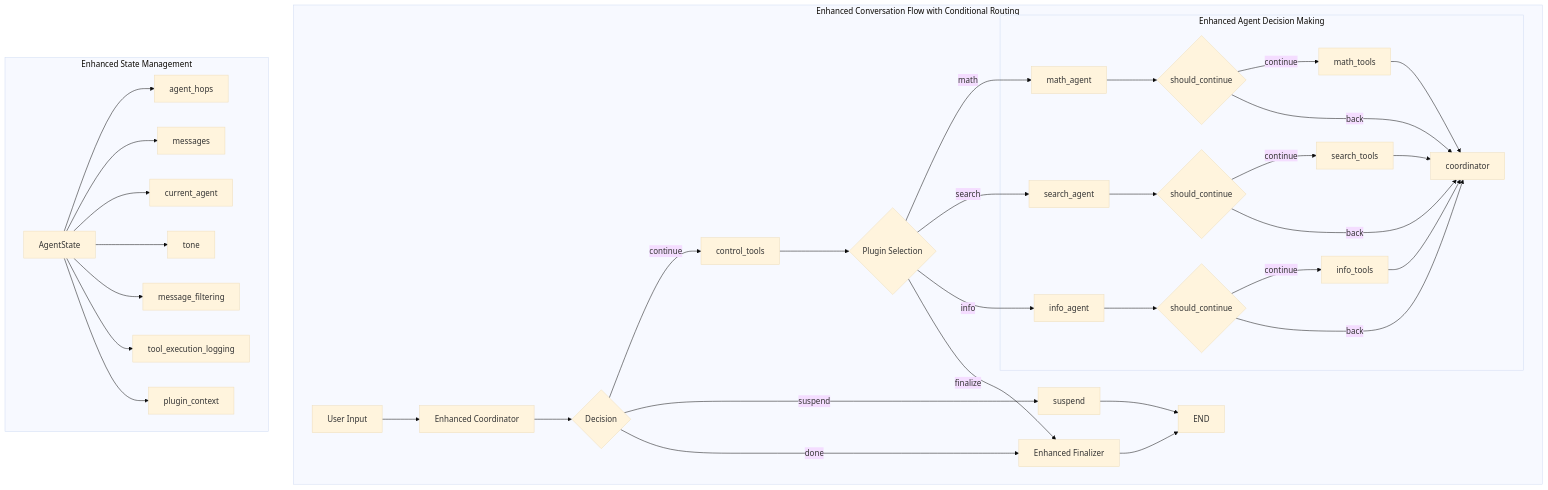
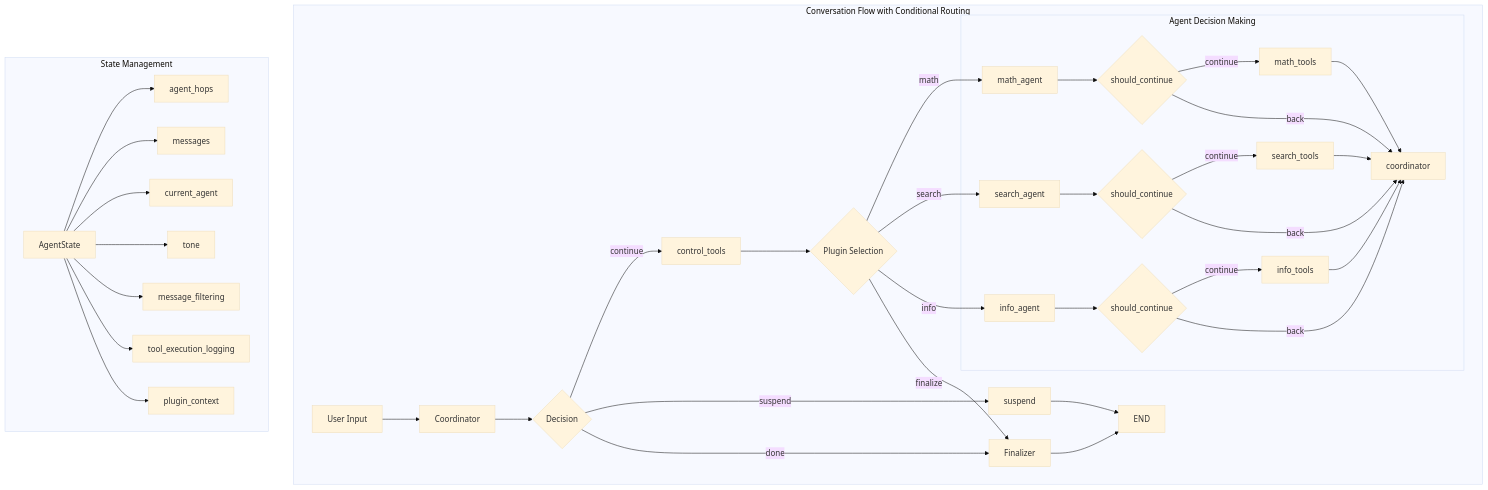
The seventh of 9 diagrams in docs/concepts/langgraph-architecture.md (jonaskahn/cadence), drawn with Mermaid (base theme) before and after one commit. The commit also changed other lines of this file and 23 other files, not shown here.

````diff
--- a/docs/concepts/langgraph-architecture.md
+++ b/docs/concepts/langgraph-architecture.md
@@ -353,47 +434,47 @@
 ```mermaid
 graph TB
-    subgraph "Enhanced Conversation Flow with Conditional Routing"
-        A[User Input] --> B[Enhanced Coordinator]
+    subgraph "Conversation Flow with Conditional Routing"
+        A[User Input] --> B[Coordinator]
         B --> C{Decision}
-        
+
         C -->|continue| D[control_tools]
         C -->|suspend| E[suspend]
-        C -->|done| K[Enhanced Finalizer]
-        
+        C -->|done| K[Finalizer]
+
         D --> G{Plugin Selection}
         G -->|math| H[math_agent]
         G -->|search| I[search_agent]
         G -->|info| J[info_agent]
         G -->|finalize| K
-        
-        subgraph "Enhanced Agent Decision Making"
+
+        subgraph "Agent Decision Making"
             H --> L{should_continue}
             I --> M{should_continue}
             J --> N{should_continue}
-            
+
             L -->|continue| O[math_tools]
             L -->|back| P[coordinator]
             M -->|continue| Q[search_tools]
             M -->|back| P
             N -->|continue| R[info_tools]
             N -->|back| P
-            
+
             O --> P
             Q --> P
             R --> P
         end
-        
+
         E --> END[END]
         K --> END
     end
-    
-    subgraph "Enhanced State Management"
+
+            subgraph "State Management"
         S[AgentState] --> T[agent_hops]
         S --> U[messages]
         S --> V[current_agent]
         S --> W[tone]
         S --> X[message_filtering]
         S --> Y[tool_execution_logging]
         S --> Z[plugin_context]
     end
 ```
````
